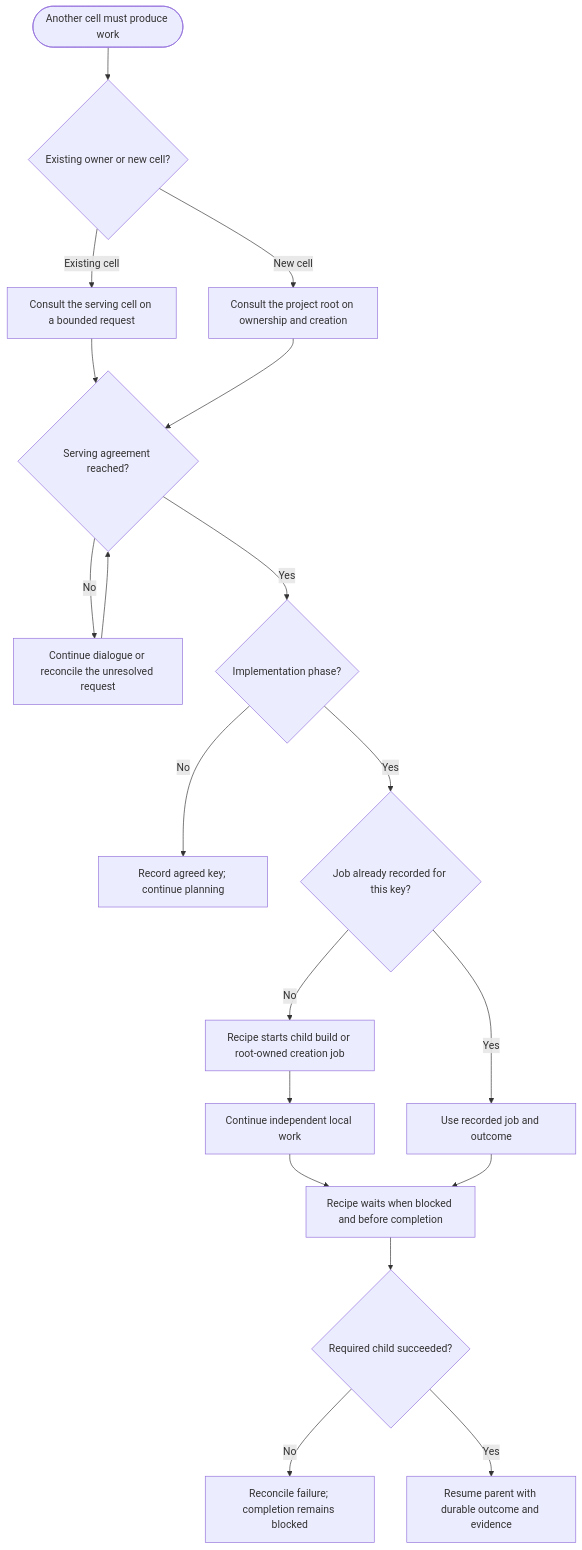
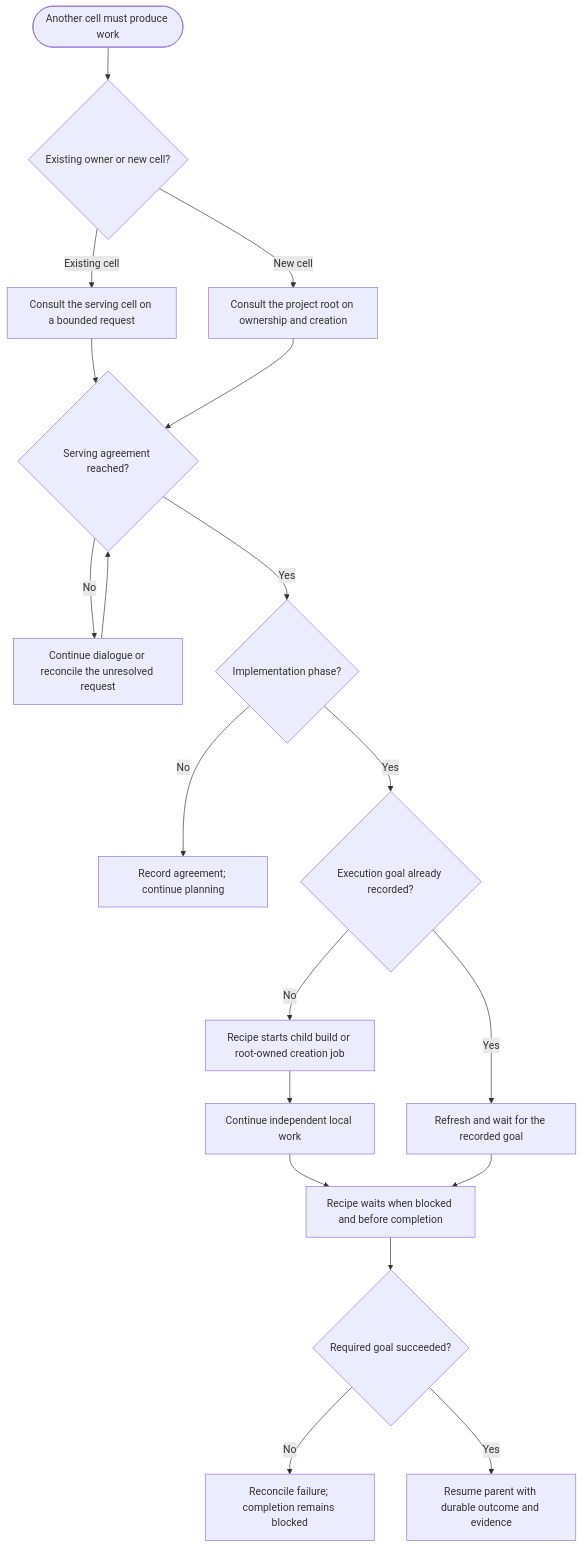
One commit to colony-2/recipes changed the second of 3 diagrams in ADAPTIVE_BUILD_PROCESS.md. Above: the diagram before and after it, drawn with Mermaid. The commit also changed other lines of this file and 85 other files, not shown here.

````diff
--- a/ADAPTIVE_BUILD_PROCESS.md
+++ b/ADAPTIVE_BUILD_PROCESS.md
@@ -79,21 +98,21 @@
 ```mermaid
 flowchart TD
     Need([Another cell must produce work]) --> Owner{Existing owner or new cell?}
     Owner -->|Existing cell| Serving[Consult the serving cell on a bounded request]
     Owner -->|New cell| Root[Consult the project root on ownership and creation]
     Serving --> Agreement{Serving agreement reached?}
     Root --> Agreement
     Agreement -->|No| Resolve[Continue dialogue or reconcile the unresolved request]
     Resolve --> Agreement
     Agreement -->|Yes| Phase{Implementation phase?}
-    Phase -->|No| Record[Record agreed key; continue planning]
-    Phase -->|Yes| Known{Job already recorded for this key?}
-    Known -->|Yes| Reuse[Use recorded job and outcome]
+    Phase -->|No| Record[Record agreement; continue planning]
+    Phase -->|Yes| Known{Execution goal already recorded?}
+    Known -->|Yes| Reuse[Refresh and wait for the recorded goal]
     Known -->|No| Launch[Recipe starts child build or root-owned creation job]
     Launch --> Independent[Continue independent local work]
     Independent --> Wait[Recipe waits when blocked and before completion]
     Reuse --> Wait
-    Wait --> Success{Required child succeeded?}
+    Wait --> Success{Required goal succeeded?}
     Success -->|No| Repair[Reconcile failure; completion remains blocked]
     Success -->|Yes| Resume[Resume parent with durable outcome and evidence]
 ```
````
